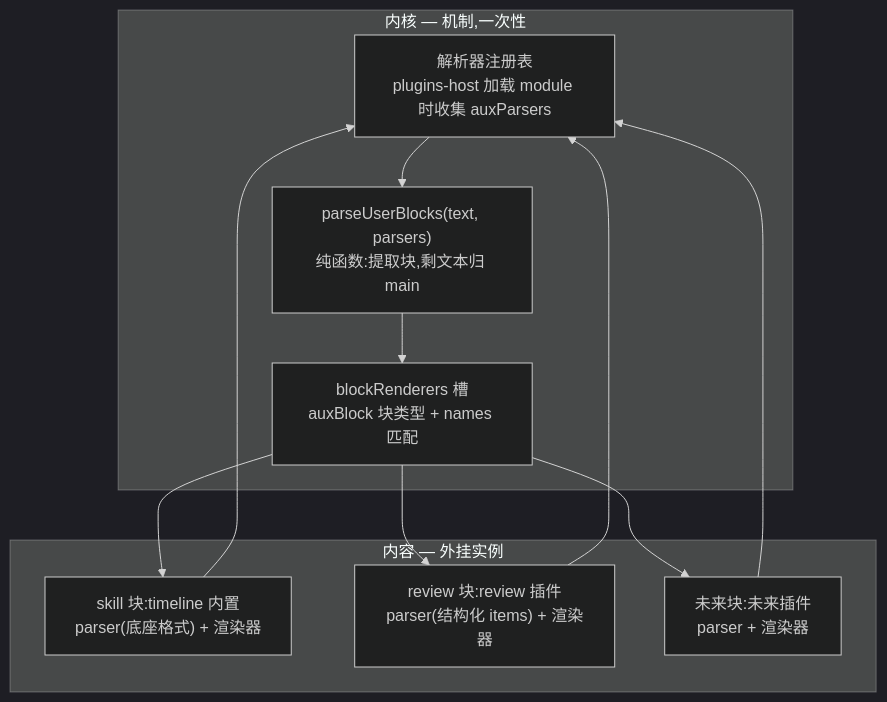
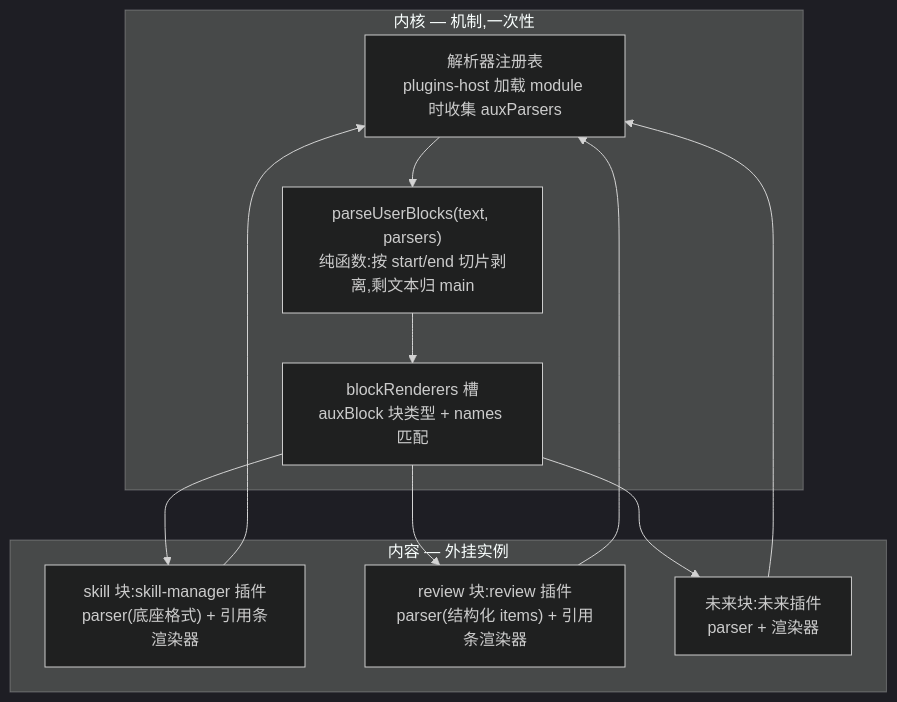
One commit to GOODDAYDAY/my-harness-desktop changed the first of 3 diagrams in docs/design/aux-block-mechanism.md. Above: the diagram before and after it, drawn with Mermaid (dark theme). The commit also changed other lines of this file, not shown here.

First line of the commit message:
docs(auxBlock): 机制文档四合一收敛——契约换代(raw→start/end)、引用条回归、skill 归位、content 真相源

````diff
--- a/docs/design/aux-block-mechanism.md
+++ b/docs/design/aux-block-mechanism.md
@@ -19,21 +27,21 @@
 ```mermaid
 flowchart TB
     subgraph 内核[内核 — 机制,一次性]
         R["解析器注册表<br/>plugins-host 加载 module 时收集 auxParsers"]
-        P["parseUserBlocks(text, parsers)<br/>纯函数:提取块,剩文本归 main"]
+        P["parseUserBlocks(text, parsers)<br/>纯函数:按 start/end 切片剥离,剩文本归 main"]
         S["blockRenderers 槽<br/>auxBlock 块类型 + names 匹配"]
     end
     subgraph 内容[内容 — 外挂实例]
-        SK["skill 块:timeline 内置<br/>parser(底座格式) + 渲染器"]
-        RV["review 块:review 插件<br/>parser(结构化 items) + 渲染器"]
+        SK["skill 块:skill-manager 插件<br/>parser(底座格式) + 引用条渲染器"]
+        RV["review 块:review 插件<br/>parser(结构化 items) + 引用条渲染器"]
         FT["未来块:未来插件<br/>parser + 渲染器"]
     end
     R --> P
     SK --> R
     RV --> R
     FT --> R
     P --> S
     S --> SK
     S --> RV
     S --> FT
 ```
````
